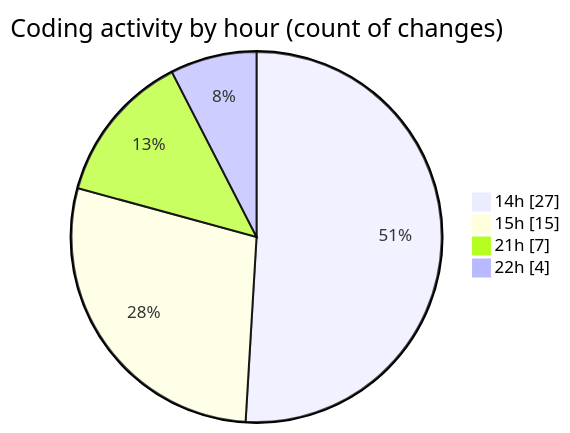
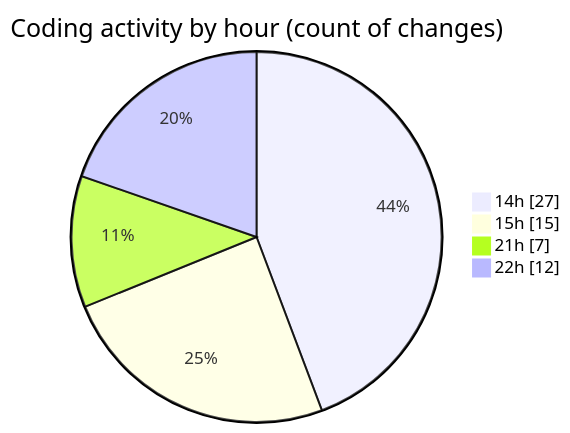
One commit to Netris89/code-tracking changed the second of 2 diagrams in 2025-03-22/back-end/README.md. Above: the diagram before and after it, drawn with Mermaid. The commit also changed other lines of this file and 1 other file, not shown here.

````diff
--- a/2025-03-22/back-end/README.md
+++ b/2025-03-22/back-end/README.md
@@ -33,8 +34,8 @@
 ```mermaid
 pie showData
 title Coding activity by hour (count of changes)
 "14h" : 27
 "15h" : 15
 "21h" : 7
-"22h" : 4
+"22h" : 12
 ```
````
